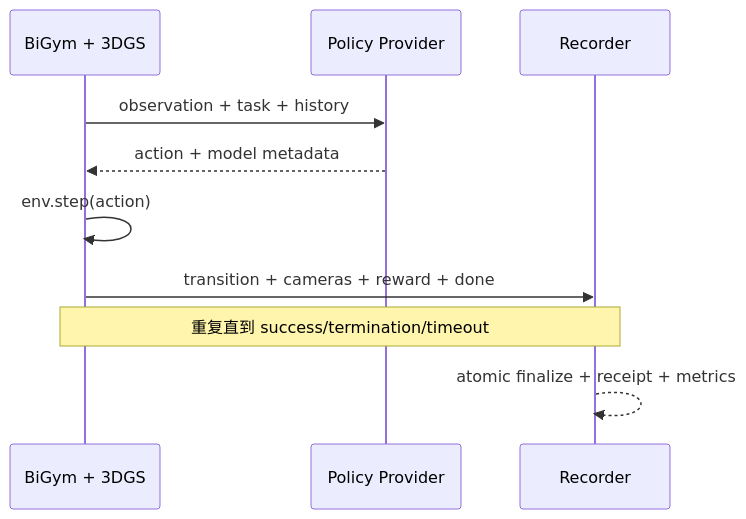
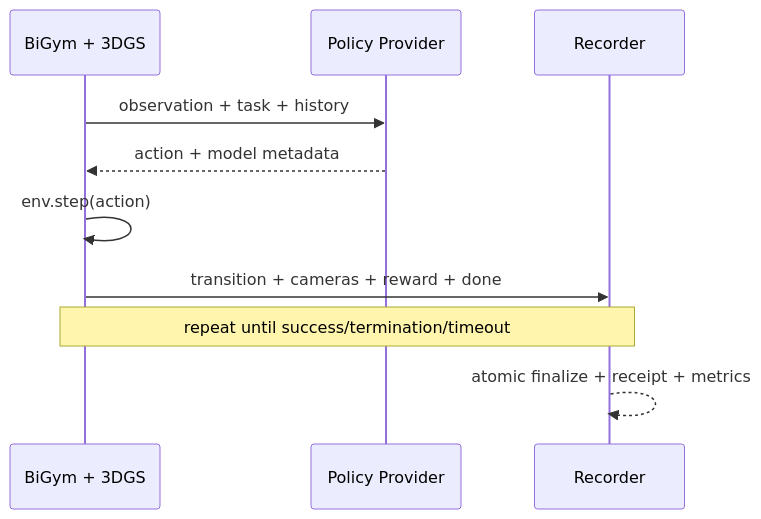
Before and after one commit to eust-w/amd-bigym-3dgs-rocm: the diagram in docs/07-evaluation.md, drawn with Mermaid. The commit also changed other lines of this file and 31 other files, not shown here.

````diff
--- a/docs/07-evaluation.md
+++ b/docs/07-evaluation.md
@@ -7,12 +7,12 @@
 ```mermaid
 sequenceDiagram
     participant B as BiGym + 3DGS
     participant P as Policy Provider
     participant R as Recorder
     B->>P: observation + task + history
     P-->>B: action + model metadata
     B->>B: env.step(action)
     B->>R: transition + cameras + reward + done
-    Note over B,R: 重复直到 success/termination/timeout
+    Note over B,R: repeat until success/termination/timeout
     R-->>R: atomic finalize + receipt + metrics
 ```
````
